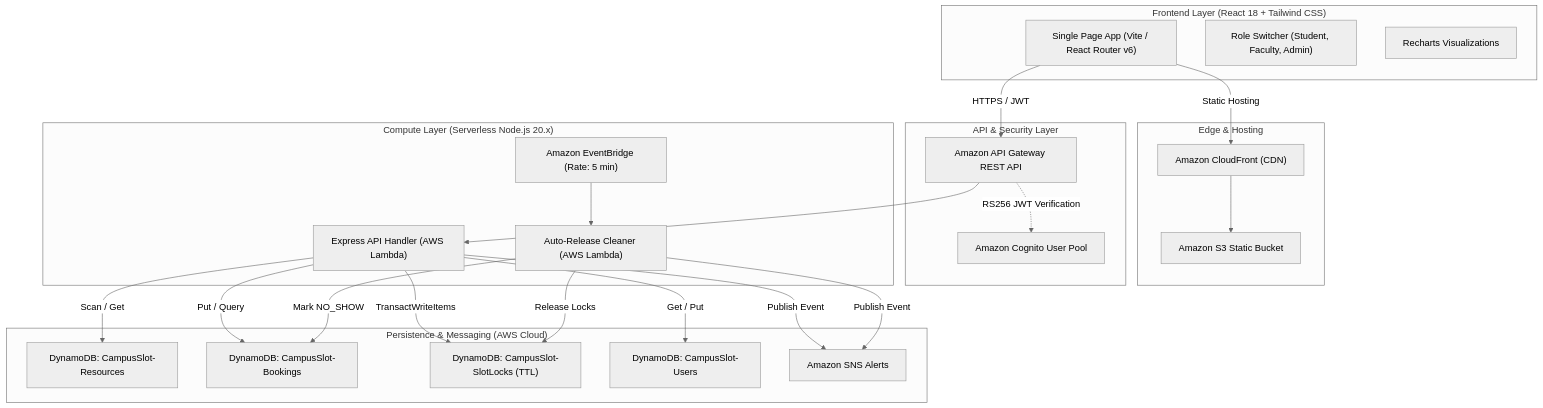
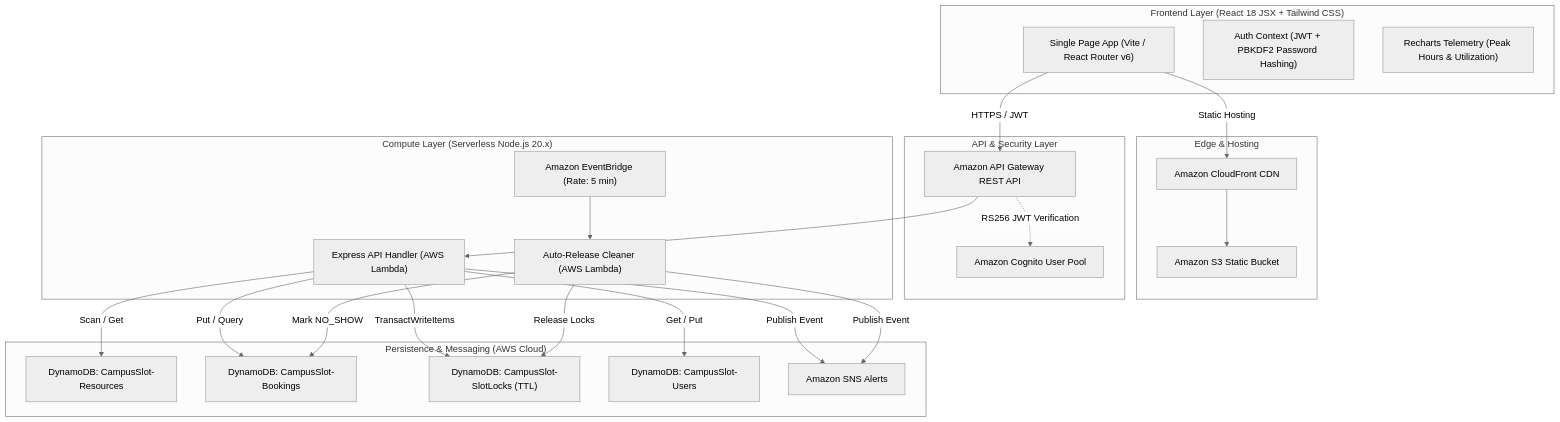
Before and after one commit to kkrishkataria/Resourcify: the diagram in LAB_REPORT.md, drawn with Mermaid (neutral theme). The commit also changed other lines of this file and 15 other files, not shown here.

````diff
--- a/LAB_REPORT.md
+++ b/LAB_REPORT.md
@@ -33,46 +34,46 @@
 ```mermaid
 flowchart TD
-    subgraph Client["Frontend Layer (React 18 + Tailwind CSS)"]
+    subgraph Client["Frontend Layer (React 18 JSX + Tailwind CSS)"]
         SPA["Single Page App (Vite / React Router v6)"]
-        RBAC["Role Switcher (Student, Faculty, Admin)"]
-        Analytics["Recharts Visualizations"]
+        AuthContext["Auth Context (JWT + PBKDF2 Password Hashing)"]
+        Analytics["Recharts Telemetry (Peak Hours & Utilization)"]
     end
 
     subgraph CDN["Edge & Hosting"]
-        CloudFront["Amazon CloudFront (CDN)"]
+        CloudFront["Amazon CloudFront CDN"]
         S3["Amazon S3 Static Bucket"]
         SPA -->|Static Hosting| CloudFront --> S3
     end
 
     subgraph API["API & Security Layer"]
         APIGateway["Amazon API Gateway REST API"]
         Cognito["Amazon Cognito User Pool"]
         SPA -->|HTTPS / JWT| APIGateway
         APIGateway -.->|RS256 JWT Verification| Cognito
     end
 
     subgraph Backend["Compute Layer (Serverless Node.js 20.x)"]
         ExpressLambda["Express API Handler (AWS Lambda)"]
         SchedulerLambda["Auto-Release Cleaner (AWS Lambda)"]
         EventBridge["Amazon EventBridge (Rate: 5 min)"]
         APIGateway --> ExpressLambda
         EventBridge --> SchedulerLambda
     end
 
     subgraph Database["Persistence & Messaging (AWS Cloud)"]
         DDB_Res["DynamoDB: CampusSlot-Resources"]
         DDB_Book["DynamoDB: CampusSlot-Bookings"]
         DDB_Locks["DynamoDB: CampusSlot-SlotLocks (TTL)"]
         DDB_Users["DynamoDB: CampusSlot-Users"]
         SNS["Amazon SNS Alerts"]
 
         ExpressLambda -->|TransactWriteItems| DDB_Locks
         ExpressLambda -->|Put / Query| DDB_Book
         ExpressLambda -->|Scan / Get| DDB_Res
         ExpressLambda -->|Get / Put| DDB_Users
         SchedulerLambda -->|Release Locks| DDB_Locks
         SchedulerLambda -->|Mark NO_SHOW| DDB_Book
         ExpressLambda -->|Publish Event| SNS
         SchedulerLambda -->|Publish Event| SNS
     end
 ```
````
